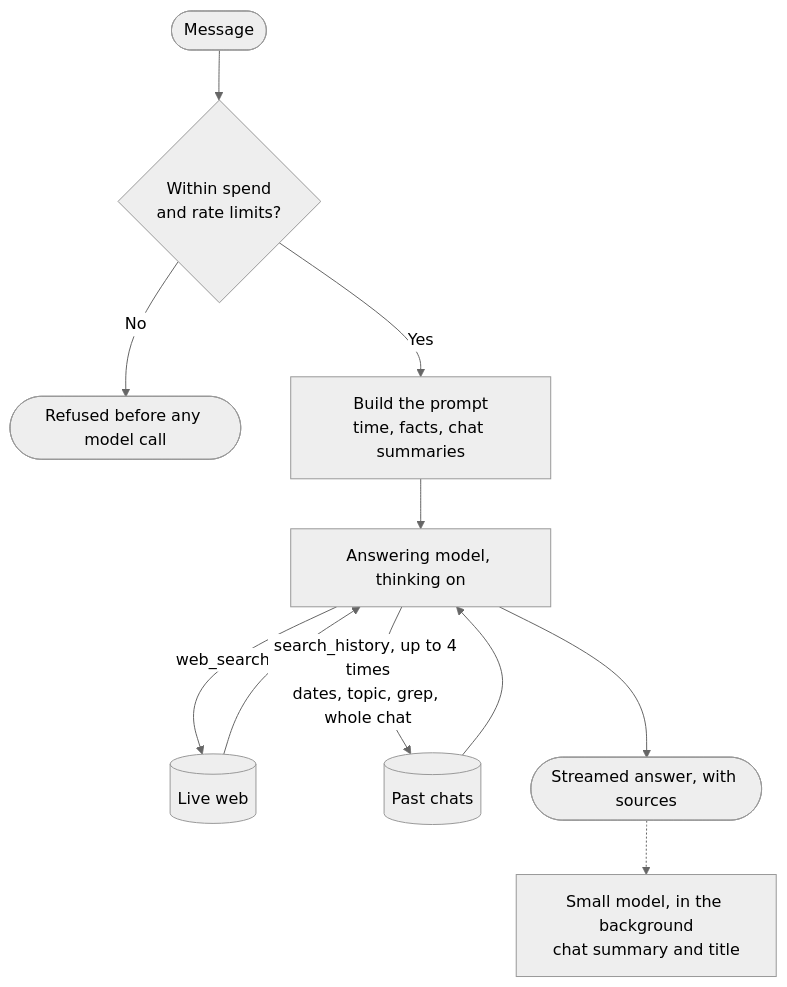
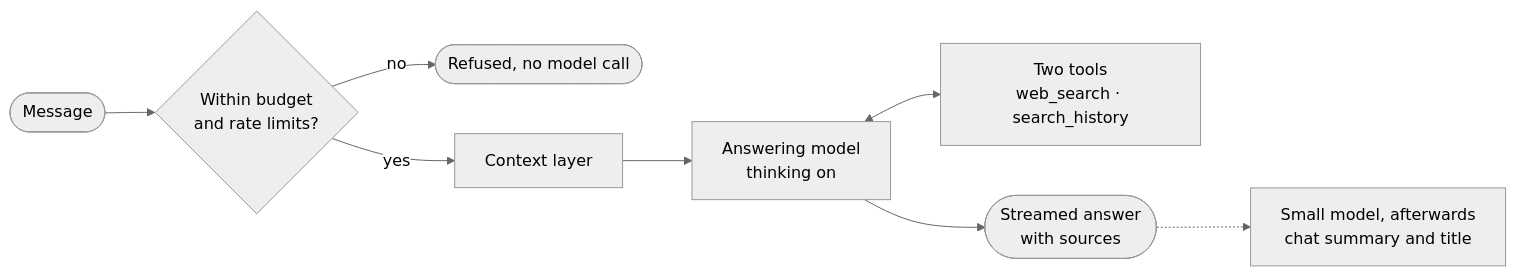
The first of 2 diagrams in DESIGN.md (ShashwatXD/Mino), drawn with Mermaid (neutral theme) before and after one commit. The commit also changed other lines of this file and 1 other file, not shown here.

````diff
--- a/DESIGN.md
+++ b/DESIGN.md
@@ -9,13 +9,10 @@
 ```mermaid
-flowchart TD
-    A([Message]) --> G{"Within spend<br/>and rate limits?"}
-    G -- No --> X(["Refused before any model call"])
-    G -- Yes --> B["Build the prompt<br/>time, facts, chat summaries"]
-    B --> M["Answering model, thinking on"]
-    M -- web_search --> W[(Live web)]
-    W --> M
-    M -- "search_history, up to 4 times<br/>dates, topic, grep, whole chat" --> H[(Past chats)]
-    H --> M
-    M --> E([Streamed answer, with sources])
-    E -.-> Z["Small model, in the background<br/>chat summary and title"]
+flowchart LR
+    Q([Message]) --> G{Within budget<br/>and rate limits?}
+    G -- no --> X([Refused, no model call])
+    G -- yes --> C[Context layer]
+    C --> M[Answering model<br/>thinking on]
+    M <--> T[Two tools<br/>web_search · search_history]
+    M --> A([Streamed answer<br/>with sources])
+    A -.-> S[Small model, afterwards<br/>chat summary and title]
 ```
````
